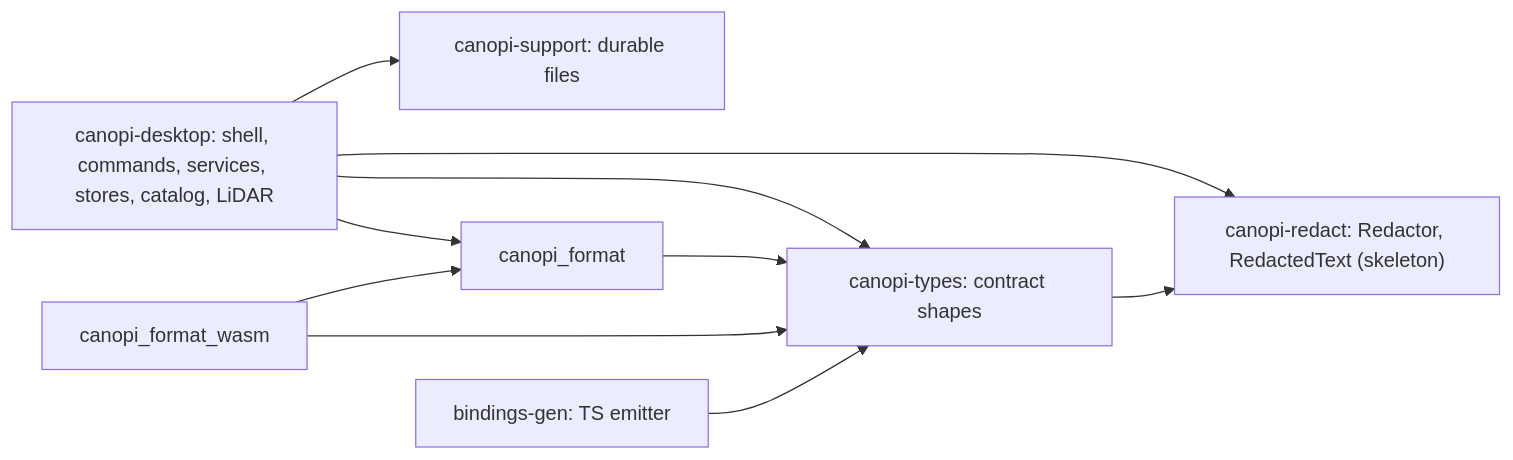
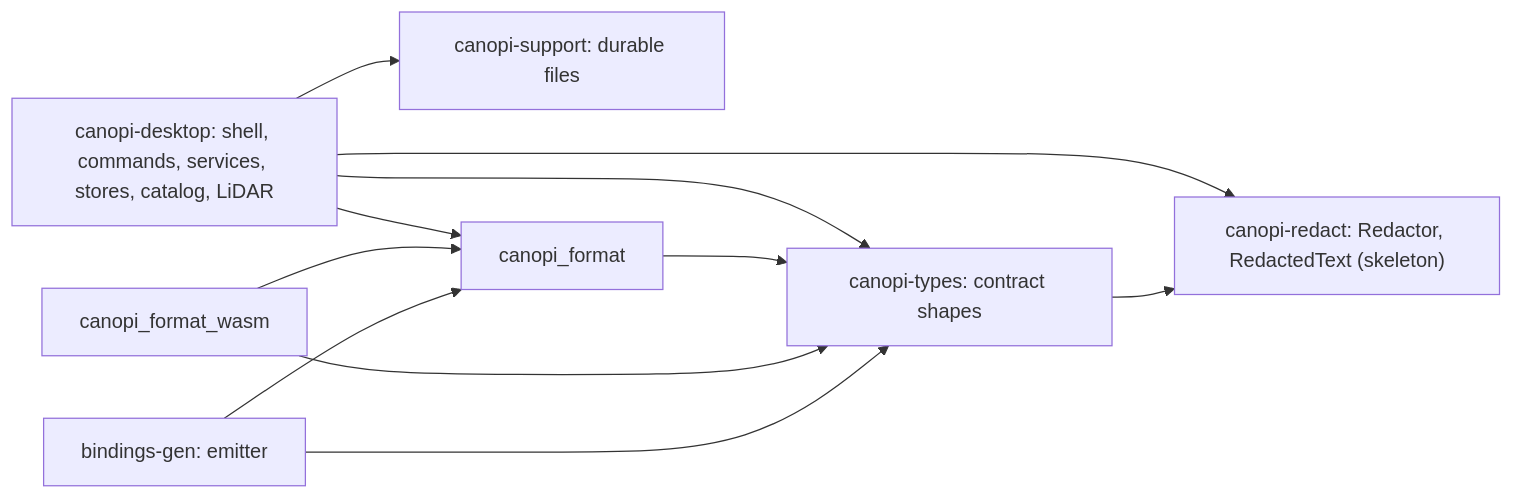
One commit to opencanopi/canopi changed the sixth of 8 diagrams in docs/architecture/components.md. Above: the diagram before and after it, drawn with Mermaid. The commit also changed other lines of this file and 44 other files, not shown here.

First line of the commit message:
feat(format): add v10 Format Core, v9->v10 chain, v3 stamps, and spec/v10/ emitter (2b-5)

````diff
--- a/docs/architecture/components.md
+++ b/docs/architecture/components.md
@@ -247,18 +247,19 @@
 ```mermaid
 flowchart LR
   canopi_desktop["canopi-desktop: shell, commands, services, stores, catalog, LiDAR"]
   canopi_types["canopi-types: contract shapes"]
   canopi_redact["canopi-redact: Redactor, RedactedText (skeleton)"]
   canopi_support["canopi-support: durable files"]
   canopi_format
-  bindings_gen["bindings-gen: TS emitter"]
+  bindings_gen["bindings-gen: emitter"]
   canopi_desktop --> canopi_types
   canopi_desktop --> canopi_redact
   canopi_desktop --> canopi_support
   canopi_desktop --> canopi_format
   canopi_format --> canopi_types
   canopi_types --> canopi_redact
   canopi_format_wasm --> canopi_types
   canopi_format_wasm --> canopi_format
   bindings_gen --> canopi_types
+  bindings_gen --> canopi_format
 ```
````
